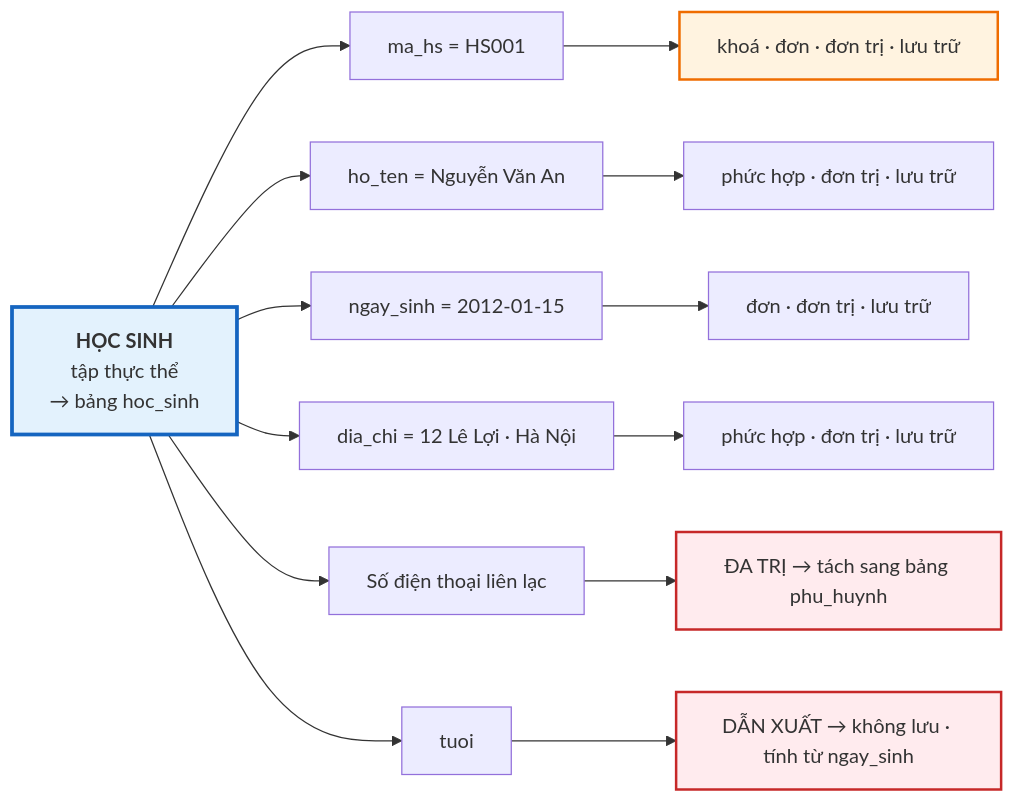
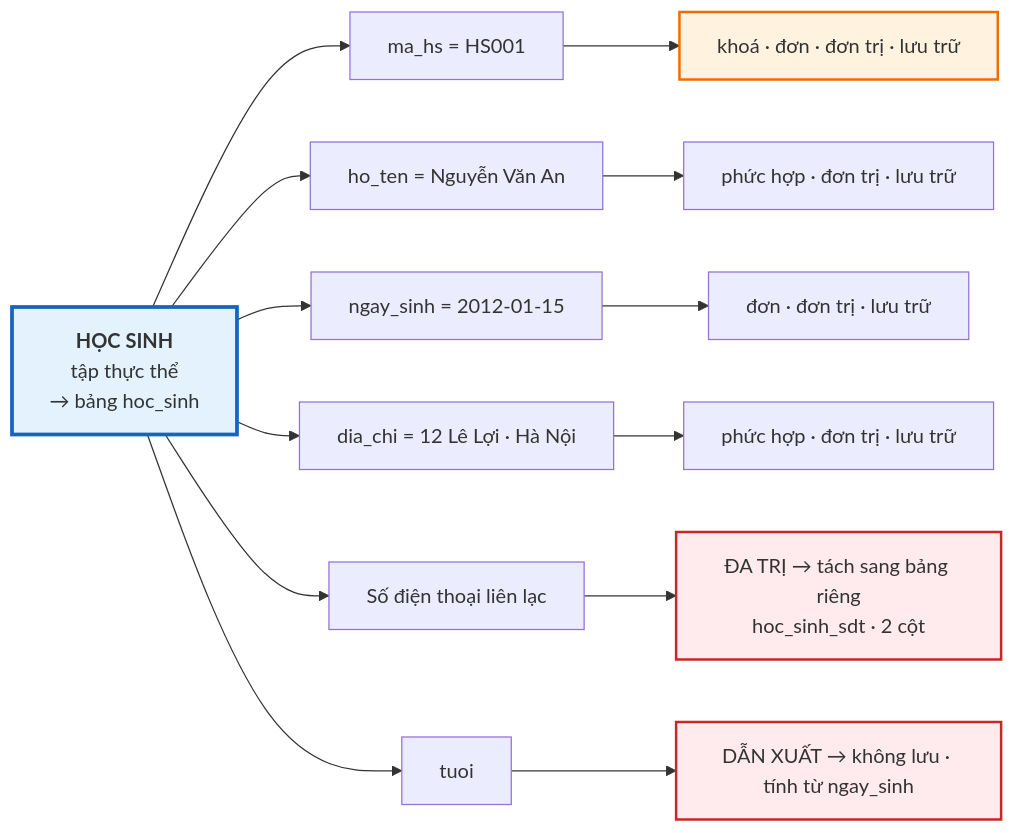
Before and after one commit to hungnguyen010518/database-tu-a-z: the second of 2 diagrams in docs/cap-1-mo-hinh-er/07-thuc-the-va-thuoc-tinh.md, drawn with Mermaid. The commit also changed other lines of this file and 4 other files, not shown here.

````diff
--- a/docs/cap-1-mo-hinh-er/07-thuc-the-va-thuoc-tinh.md
+++ b/docs/cap-1-mo-hinh-er/07-thuc-the-va-thuoc-tinh.md
@@ -183,23 +197,23 @@
 ```mermaid
 flowchart LR
     HS["<b>HỌC SINH</b><br/>tập thực thể<br/>→ bảng hoc_sinh"]
 
     HS --> P1["ma_hs = HS001"]
     HS --> P2["ho_ten = Nguyễn Văn An"]
     HS --> P3["ngay_sinh = 2012-01-15"]
     HS --> P4["dia_chi = 12 Lê Lợi · Hà Nội"]
     HS --> P5["Số điện thoại liên lạc"]
     HS --> P6["tuoi"]
 
     P1 --> L1["khoá · đơn · đơn trị · lưu trữ"]
     P2 --> L2["phức hợp · đơn trị · lưu trữ"]
     P3 --> L3["đơn · đơn trị · lưu trữ"]
     P4 --> L4["phức hợp · đơn trị · lưu trữ"]
-    P5 --> L5["ĐA TRỊ → tách sang bảng phu_huynh"]
+    P5 --> L5["ĐA TRỊ → tách sang bảng riêng<br/>hoc_sinh_sdt · 2 cột"]
     P6 --> L6["DẪN XUẤT → không lưu · tính từ ngay_sinh"]
 
     style HS fill:#e3f2fd,stroke:#1565c0,stroke-width:3px
     style L1 fill:#fff3e0,stroke:#ef6c00,stroke-width:2px
     style L5 fill:#ffebee,stroke:#c62828,stroke-width:2px
     style L6 fill:#ffebee,stroke:#c62828,stroke-width:2px
 ```
````
